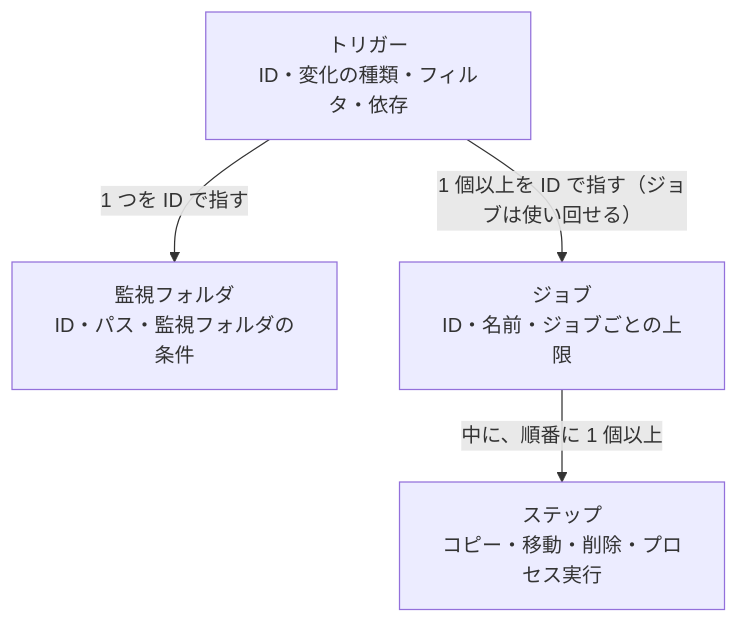
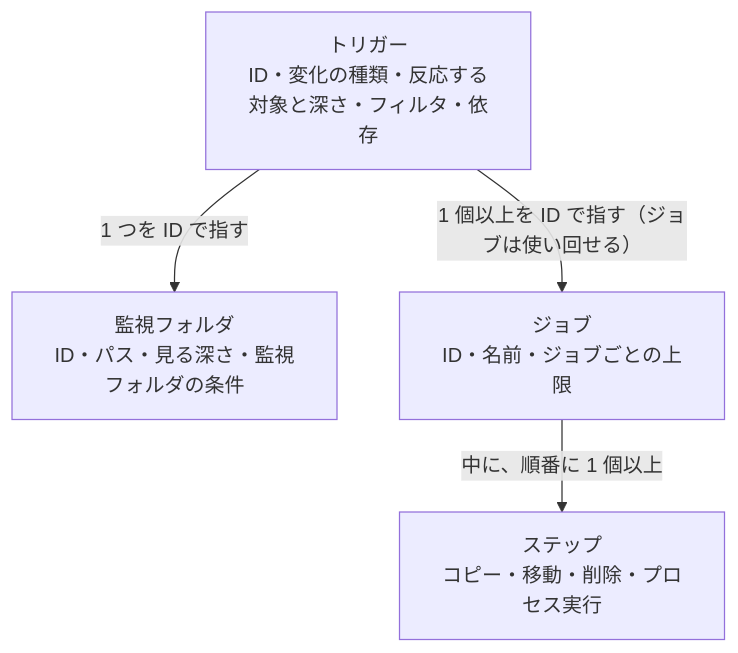
Before and after one commit to capypara20/Foxonar: the third of 4 diagrams in docs/design.ja.md, drawn with Mermaid. The commit also changed other lines of this file and 1 other file, not shown here.

````diff
--- a/docs/design.ja.md
+++ b/docs/design.ja.md
@@ -181,6 +181,6 @@
 ```mermaid
 flowchart TD
-  trigger["トリガー<br>ID・変化の種類・フィルタ・依存"] -->|"1 つを ID で指す"| folder["監視フォルダ<br>ID・パス・監視フォルダの条件"]
+  trigger["トリガー<br>ID・変化の種類・反応する対象と深さ・フィルタ・依存"] -->|"1 つを ID で指す"| folder["監視フォルダ<br>ID・パス・見る深さ・監視フォルダの条件"]
   trigger -->|"1 個以上を ID で指す（ジョブは使い回せる）"| job["ジョブ<br>ID・名前・ジョブごとの上限"]
   job -->|"中に、順番に 1 個以上"| step["ステップ<br>コピー・移動・削除・プロセス実行"]
 ```
````
